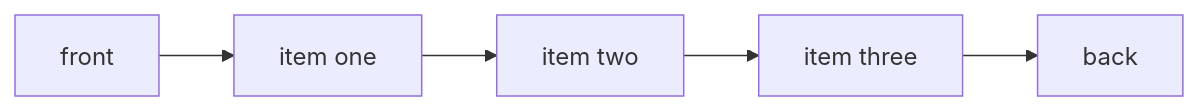
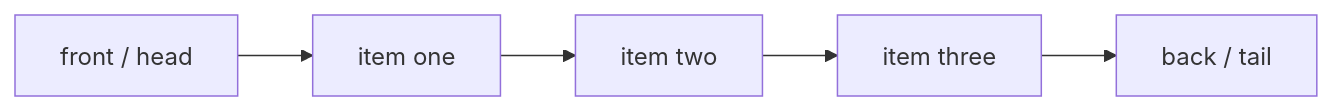
The diagram in Vault/Software Engineering/02 Computer Science/Data Structures/Queue.md (grafanaKibana/devbook.zip), drawn with Mermaid before and after one commit. The commit also changed other lines of this file and 11 other files, not shown here.

````diff
--- a/Vault/Software Engineering/02 Computer Science/Data Structures/Queue.md
+++ b/Vault/Software Engineering/02 Computer Science/Data Structures/Queue.md
@@ -27,4 +19,4 @@
 ```mermaid
 graph LR
-    F[front] --> A[item one] --> B[item two] --> C[item three] --> T[back]
+    F[front / head] --> A[item one] --> B[item two] --> C[item three] --> T[back / tail]
 ```
````
